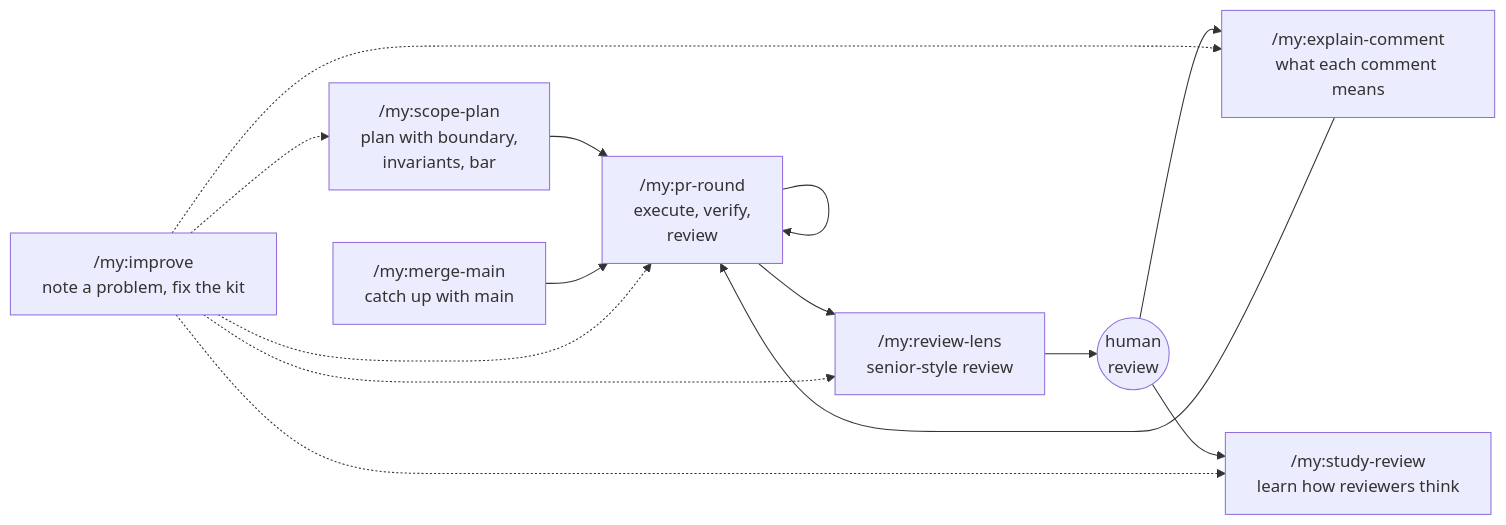
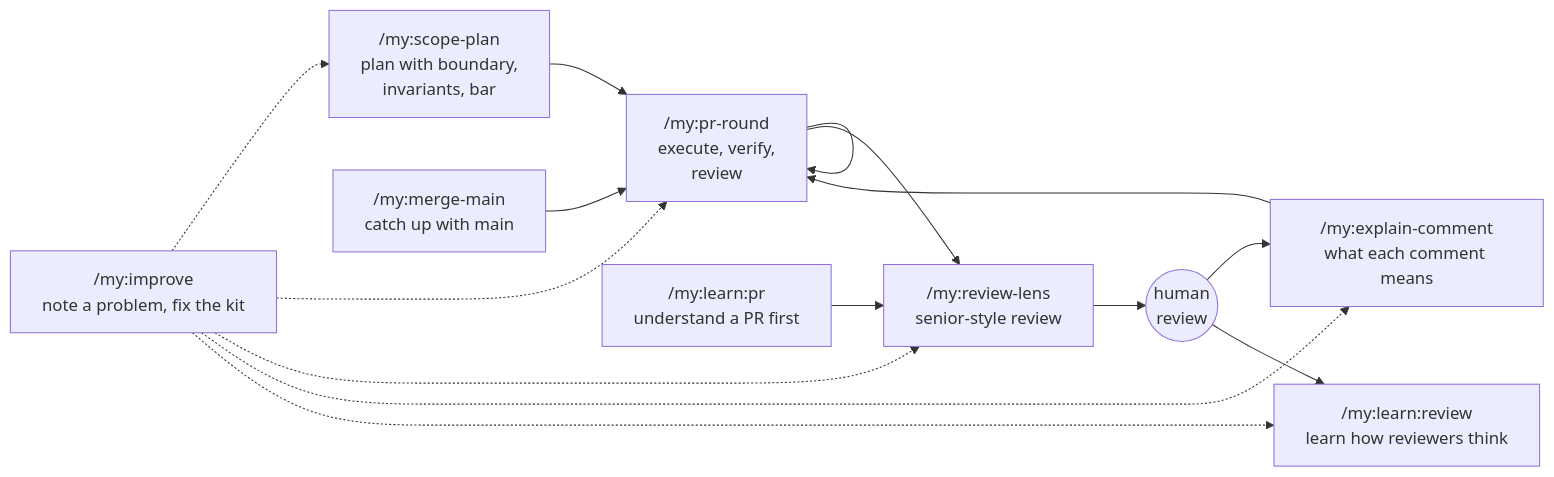
The diagram in README.md (lorenzocadamuro/my-agent-kit), drawn with Mermaid before and after one commit. The commit also changed other lines of this file and 26 other files, not shown here.

Commit message:
Merge PR reading and review study into /my:learn, add sub-commands

````diff
--- a/README.md
+++ b/README.md
@@ -21,12 +21,13 @@
 ```mermaid
 flowchart LR
     A["/my:scope-plan<br/>plan with boundary,<br/>invariants, bar"] --> B["/my:pr-round<br/>execute, verify,<br/>review"]
     B --> B
     M["/my:merge-main<br/>catch up with main"] --> B
     B --> L["/my:review-lens<br/>senior-style review"]
+    R["/my:learn:pr<br/>understand a PR first"] --> L
     L --> H(("human<br/>review"))
     H --> E["/my:explain-comment<br/>what each comment means"]
     E --> B
-    H --> S["/my:study-review<br/>learn how reviewers think"]
+    H --> S["/my:learn:review<br/>learn how reviewers think"]
     I["/my:improve<br/>note a problem, fix the kit"] -.-> A & B & L & E & S
 ```
````
